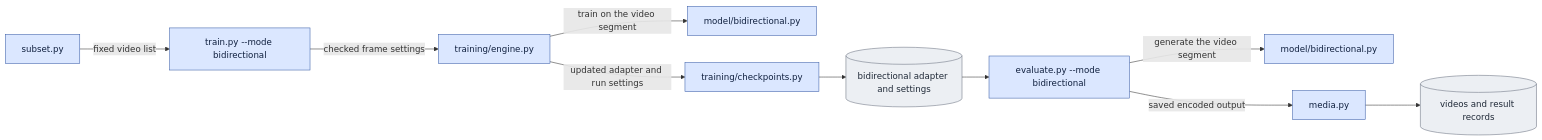
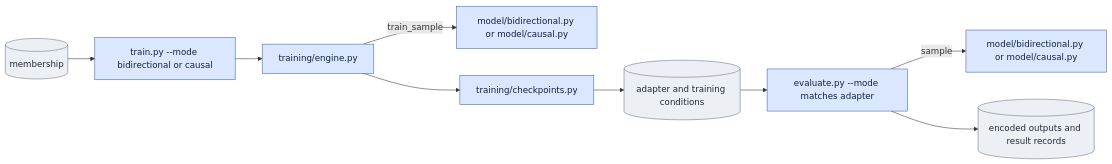
One commit to AtlantixJJ/LTX-2 changed the second of 3 diagrams in scripts/onestep_avatar/README.md. Above: the diagram before and after it, drawn with Mermaid. The commit also changed other lines of this file and 136 other files, not shown here.

````diff
--- a/scripts/onestep_avatar/README.md
+++ b/scripts/onestep_avatar/README.md
@@ -119,16 +61,15 @@
 ```mermaid
 flowchart LR
-  S["subset.py"] -->|"fixed video list"| T["train.py --mode bidirectional"]
-  T -->|"checked frame settings"| E["training/engine.py"]
-  E -->|"train on the video segment"| MT["model/bidirectional.py"]
-  E -->|"updated adapter and run settings"| C["training/checkpoints.py"]
-  C --> A[("bidirectional adapter and settings")]
-  A --> V["evaluate.py --mode bidirectional"]
-  V -->|"generate the video segment"| MV["model/bidirectional.py"]
-  V -->|"saved encoded output"| D["media.py"]
-  D --> R[("videos and result records")]
+  S[("membership")] --> T["train.py --mode bidirectional or causal"]
+  T --> E["training/engine.py"]
+  E -->|"train_sample"| MT["model/bidirectional.py or model/causal.py"]
+  E --> C["training/checkpoints.py"]
+  C --> A[("adapter and training conditions")]
+  A --> V["evaluate.py --mode matches adapter"]
+  V -->|"sample"| MV["model/bidirectional.py or model/causal.py"]
+  V --> R[("encoded outputs and result records")]
   classDef proc fill:#dbe7ff,stroke:#3b5ea8,color:#10203f;
   classDef disk fill:#eceff3,stroke:#6b7280,color:#1f2937;
-  class S,T,E,MT,C,V,MV,D proc;
-  class A,R disk;
+  class T,E,MT,C,V,MV proc;
+  class S,A,R disk;
 ```
````
